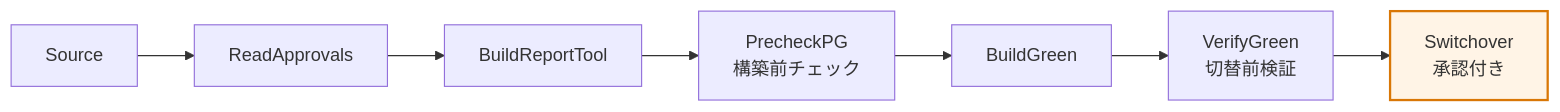
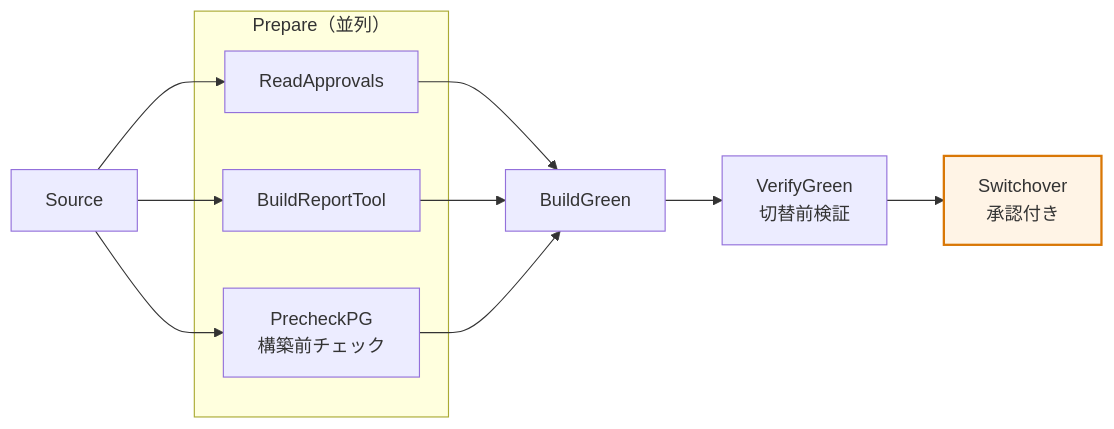
One commit to rxsxkxd/pk changed the second of 2 diagrams in docs/rds_mysql_upgrade/operations-migration-run.md. Above: the diagram before and after it, drawn with Mermaid. The commit also changed other lines of this file and 16 other files, not shown here.

````diff
--- a/docs/rds_mysql_upgrade/operations-migration-run.md
+++ b/docs/rds_mysql_upgrade/operations-migration-run.md
@@ -182,8 +182,14 @@
 ```mermaid
 flowchart LR
-    S["Source"] --> RA["ReadApprovals"] --> BRT["BuildReportTool"] --> PC["PrecheckPG<br/>構築前チェック"] --> BG["BuildGreen"] --> VG["VerifyGreen<br/>切替前検証"]
+    S["Source"] --> RA & BRT & PC
+    subgraph P["Prepare（並列）"]
+        RA["ReadApprovals"]
+        BRT["BuildReportTool"]
+        PC["PrecheckPG<br/>構築前チェック"]
+    end
+    RA & BRT & PC --> BG["BuildGreen"] --> VG["VerifyGreen<br/>切替前検証"]
     VG --> SW["Switchover<br/>承認付き"]
 
     classDef gate fill:#fff4e6,stroke:#d97706,stroke-width:2px
     class SW gate
 ```
````
